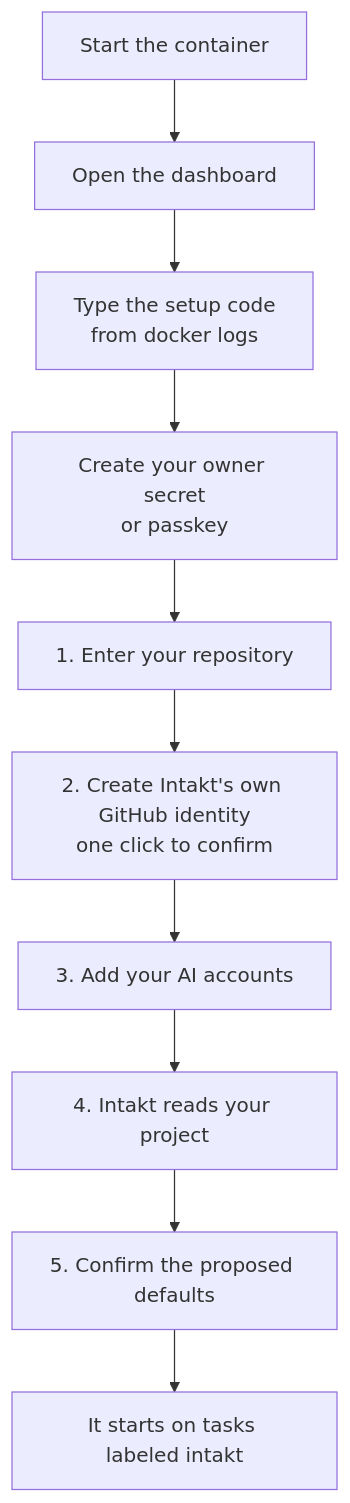
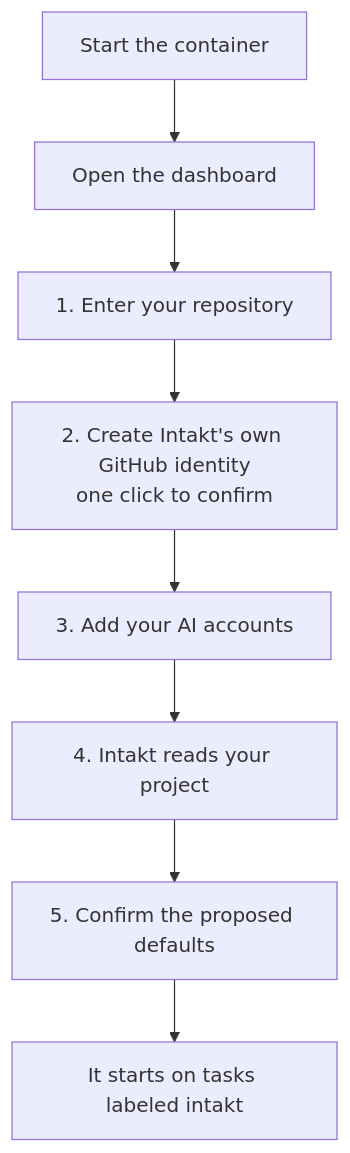
The first of 2 diagrams in docs/guide/setting-up-intakt.md (shinyredapples/intakt), drawn with Mermaid before and after one commit. The commit also changed other lines of this file and 14 other files, not shown here.

````diff
--- a/docs/guide/setting-up-intakt.md
+++ b/docs/guide/setting-up-intakt.md
@@ -11,12 +11,10 @@
 ```mermaid
 flowchart TD
   run[Start the container] --> open[Open the dashboard]
-  open --> code[Type the setup code<br/>from docker logs]
-  code --> owner[Create your owner secret<br/>or passkey]
-  owner --> repo[1. Enter your repository]
+  open --> repo[1. Enter your repository]
   repo --> app[2. Create Intakt's own GitHub identity<br/>one click to confirm]
   app --> ai[3. Add your AI accounts]
   ai --> read[4. Intakt reads your project]
   read --> defaults[5. Confirm the proposed defaults]
   defaults --> go[It starts on tasks labeled intakt]
 ```
````
